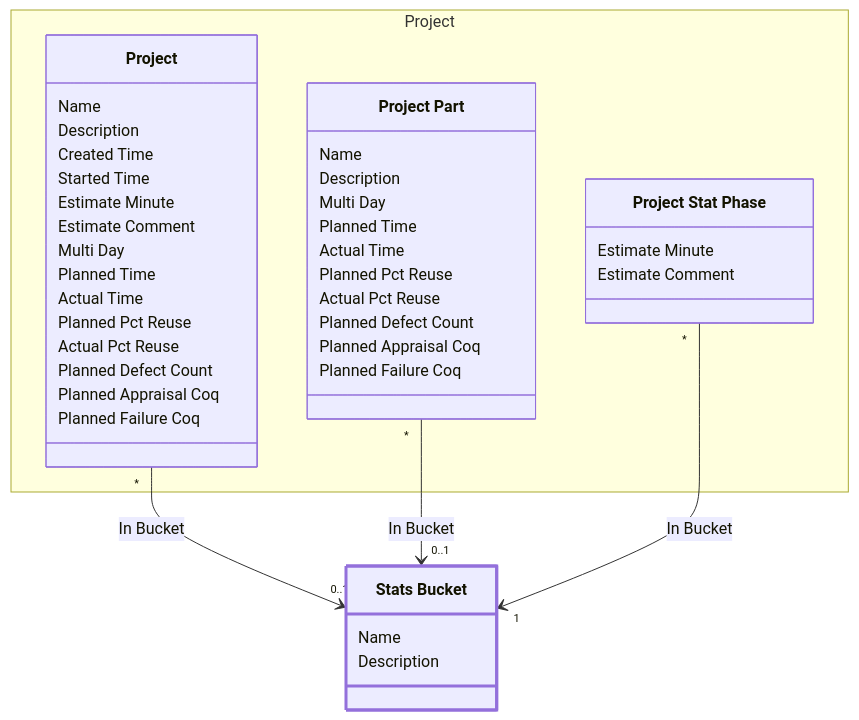
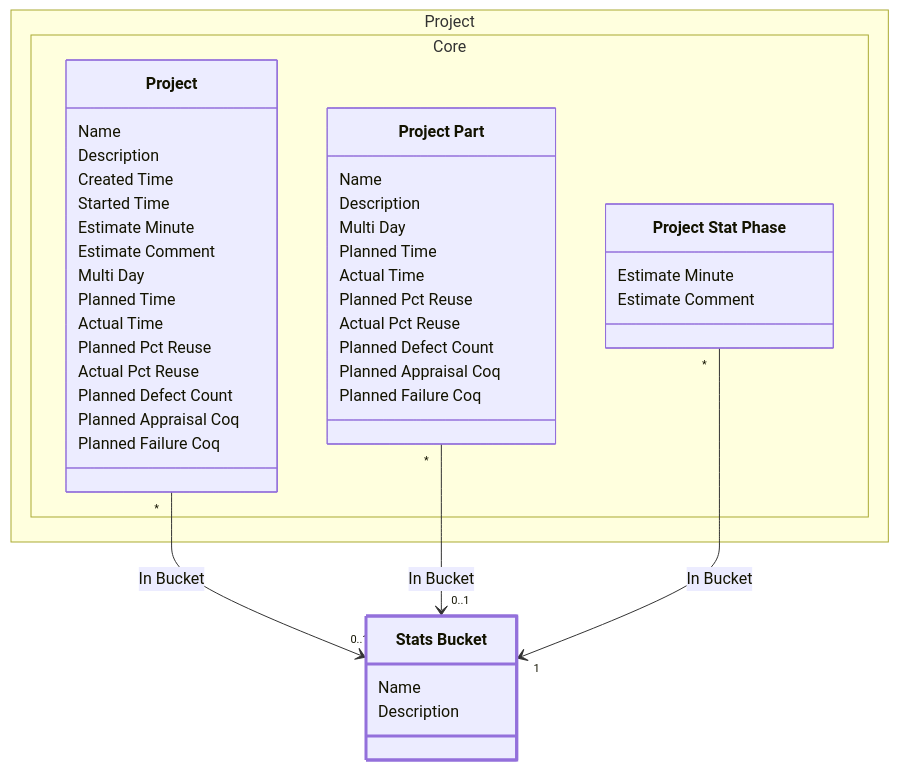
The diagram in examples/requirements/req/output/development/class-domain.process.subdomain.definition.class.stats_bucket.md (glemzurg/glemzurg), drawn with Mermaid before and after one commit. The commit also changed other lines of this file and 116 other files, not shown here.

````diff
--- a/examples/requirements/req/output/development/class-domain.process.subdomain.definition.class.stats_bucket.md
+++ b/examples/requirements/req/output/development/class-domain.process.subdomain.definition.class.stats_bucket.md
@@ -24,51 +24,51 @@
 ```mermaid
 ---
 config:
   class:
     hideEmptyMembersBox: true
 ---
 classDiagram
 class class_domain_process_subdomain_definition_class_stats_bucket["Stats Bucket"] {
         Name
         Description
     }
-namespace Project {
-class class_domain_process_subdomain_project_class_project["Project"] {
+namespace Project.Core {
+class class_domain_project_subdomain_core_class_project["Project"] {
             Name
             Description
             Created Time
             Started Time
             Estimate Minute
             Estimate Comment
             Multi Day
             Planned Time
             Actual Time
             Planned Pct Reuse
             Actual Pct Reuse
             Planned Defect Count
             Planned Appraisal Coq
             Planned Failure Coq
         }
-class class_domain_process_subdomain_project_class_project_part["Project Part"] {
+class class_domain_project_subdomain_core_class_project_part["Project Part"] {
             Name
             Description
             Multi Day
             Planned Time
             Actual Time
             Planned Pct Reuse
             Actual Pct Reuse
             Planned Defect Count
             Planned Appraisal Coq
             Planned Failure Coq
         }
-class class_domain_process_subdomain_project_class_project_stat_phase["Project Stat Phase"] {
+class class_domain_project_subdomain_core_class_project_stat_phase["Project Stat Phase"] {
             Estimate Minute
             Estimate Comment
         }
 }
 style class_domain_process_subdomain_definition_class_stats_bucket stroke:#9370DB,stroke-width:3px
-class_domain_process_subdomain_project_class_project "*" --> "0..1" class_domain_process_subdomain_definition_class_stats_bucket : In Bucket
-class_domain_process_subdomain_project_class_project_part "*" --> "0..1" class_domain_process_subdomain_definition_class_stats_bucket : In Bucket
-class_domain_process_subdomain_project_class_project_stat_phase "*" --> "1" class_domain_process_subdomain_definition_class_stats_bucket : In Bucket
+class_domain_project_subdomain_core_class_project "*" --> "0..1" class_domain_process_subdomain_definition_class_stats_bucket : In Bucket
+class_domain_project_subdomain_core_class_project_part "*" --> "0..1" class_domain_process_subdomain_definition_class_stats_bucket : In Bucket
+class_domain_project_subdomain_core_class_project_stat_phase "*" --> "1" class_domain_process_subdomain_definition_class_stats_bucket : In Bucket
 
 ```
````
